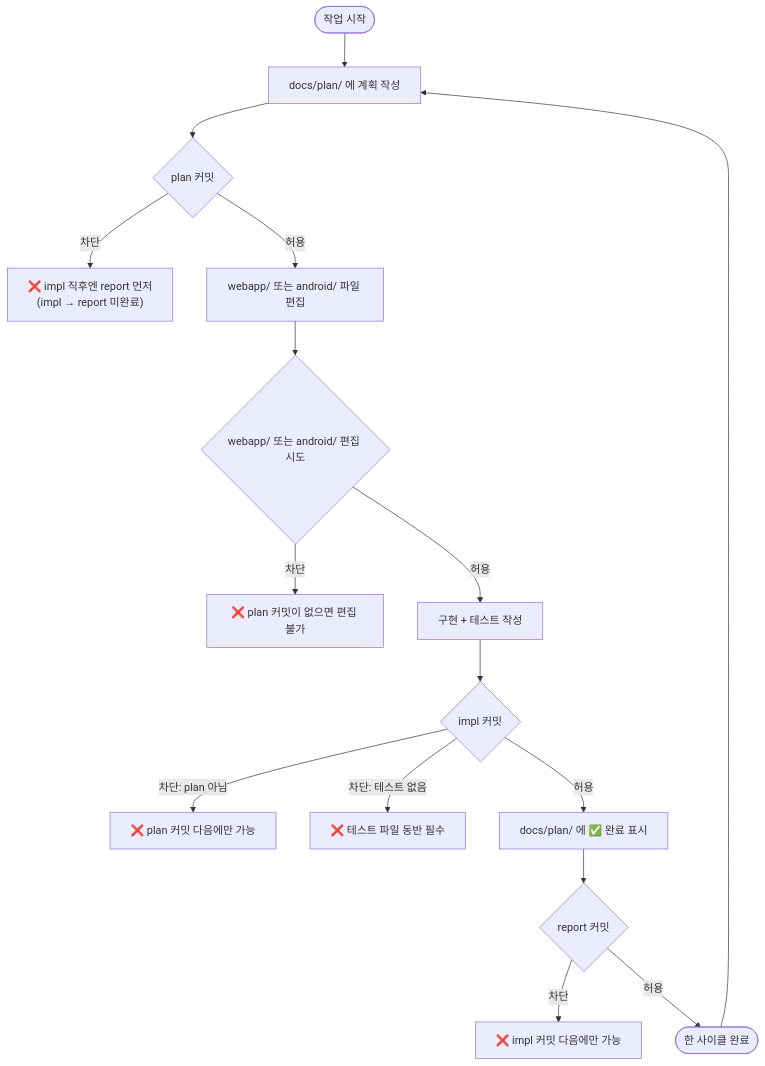
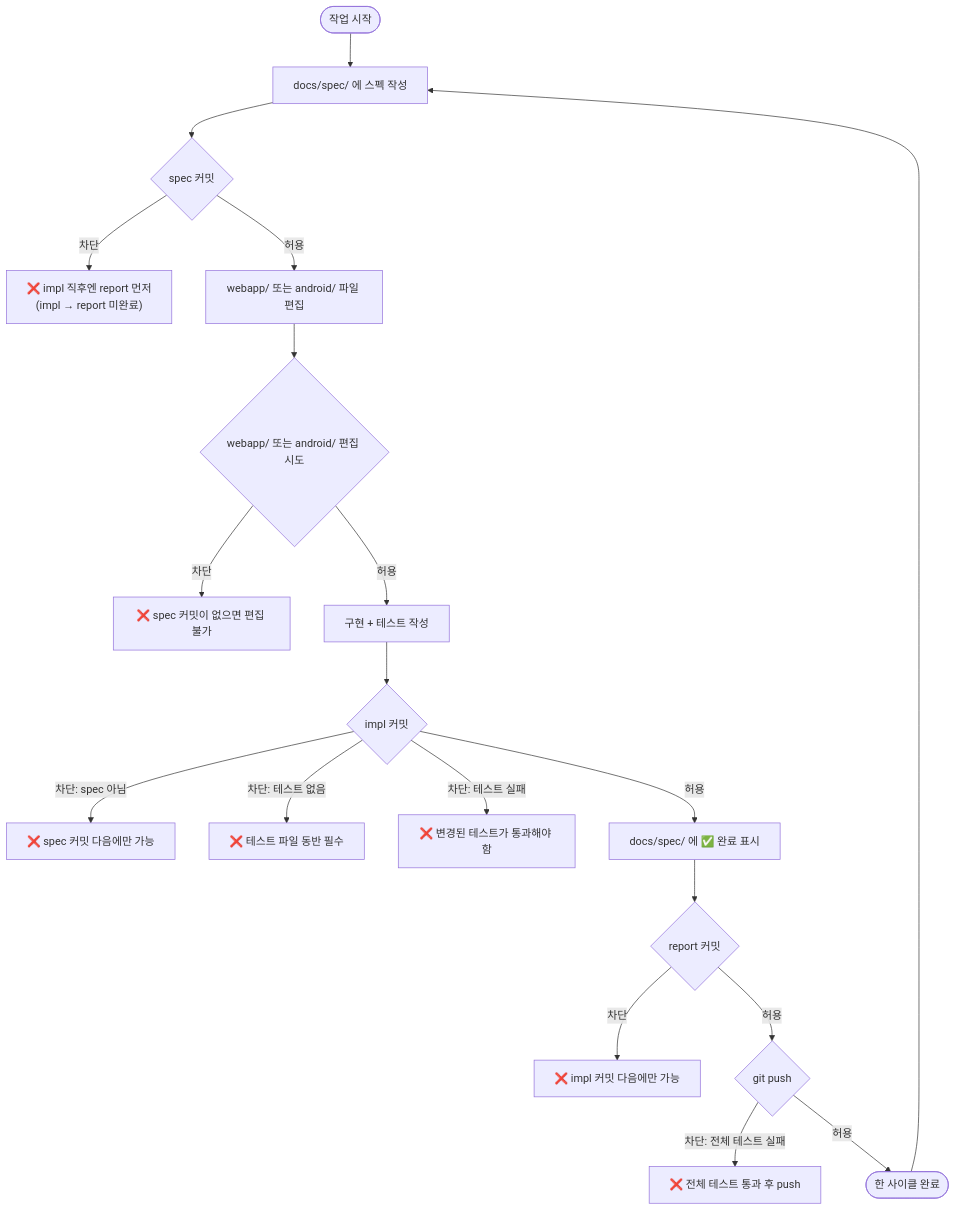
Before and after one commit to seungrye/slowmade-duckdns-org: the first of 2 diagrams in docs/hooks.md, drawn with Mermaid. The commit also changed other lines of this file and 15 other files, not shown here.

First line of the commit message:
chore: spec 기반 TDD 워크플로우 도입

````diff
--- a/docs/hooks.md
+++ b/docs/hooks.md
@@ -10,22 +10,26 @@
 ```mermaid
 flowchart TD
-    A([작업 시작]) --> B[docs/plan/ 에 계획 작성]
-    B --> C{plan 커밋}
+    A([작업 시작]) --> B[docs/spec/ 에 스펙 작성]
+    B --> C{spec 커밋}
     C -->|차단| C1["❌ impl 직후엔 report 먼저\n(impl → report 미완료)"]
     C -->|허용| D[webapp/ 또는 android/ 파일 편집]
 
     D --> E{webapp/ 또는 android/ 편집 시도}
-    E -->|차단| E1[❌ plan 커밋이 없으면 편집 불가]
+    E -->|차단| E1[❌ spec 커밋이 없으면 편집 불가]
     E -->|허용| F[구현 + 테스트 작성]
 
     F --> G{impl 커밋}
-    G -->|차단: plan 아님| G1[❌ plan 커밋 다음에만 가능]
+    G -->|차단: spec 아님| G1[❌ spec 커밋 다음에만 가능]
     G -->|차단: 테스트 없음| G2[❌ 테스트 파일 동반 필수]
-    G -->|허용| H["docs/plan/ 에 ✅ 완료 표시"]
+    G -->|차단: 테스트 실패| G3[❌ 변경된 테스트가 통과해야 함]
+    G -->|허용| H["docs/spec/ 에 ✅ 완료 표시"]
 
     H --> I{report 커밋}
     I -->|차단| I1[❌ impl 커밋 다음에만 가능]
-    I -->|허용| J([한 사이클 완료])
+    I -->|허용| J{git push}
 
-    J --> B
+    J -->|차단: 전체 테스트 실패| J1[❌ 전체 테스트 통과 후 push]
+    J -->|허용| K([한 사이클 완료])
+
+    K --> B
 ```
````
